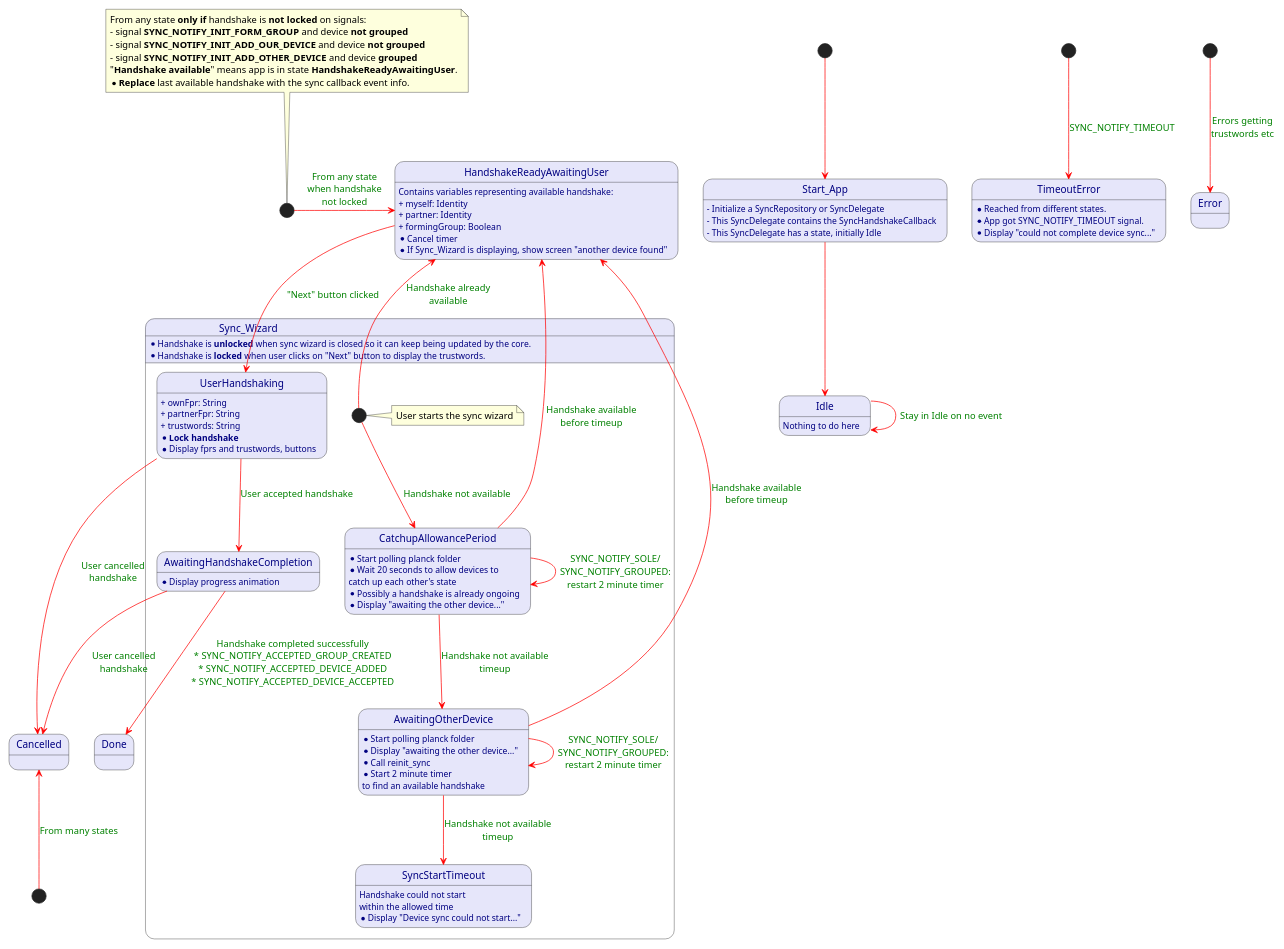
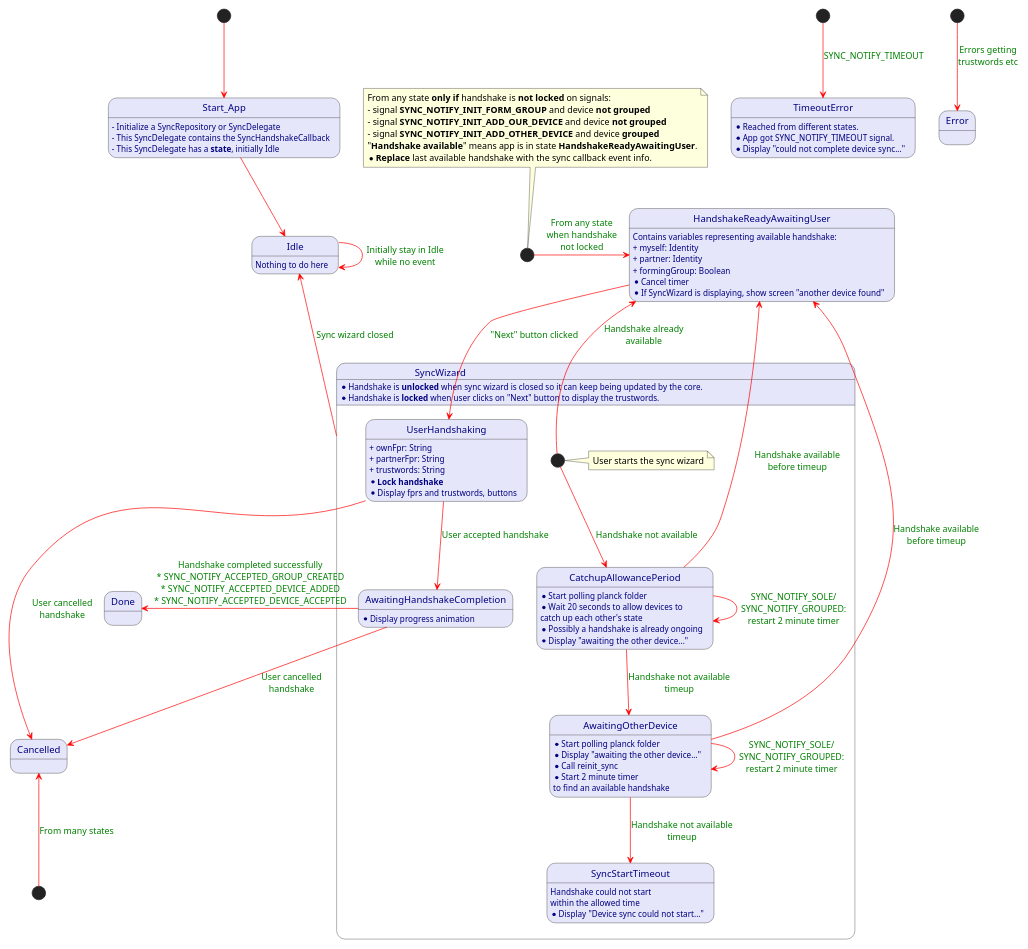
Before and after one commit to plancksecurity/android-planckForAndroid: the diagram in diagrams/sync/SyncFlowStateDiagram.puml, drawn with PlantUML.

Commit message:
EFA-348 Update state diagram

```diff
--- a/diagrams/sync/SyncFlowStateDiagram.puml
+++ b/diagrams/sync/SyncFlowStateDiagram.puml
@@ -1,111 +1,113 @@
 @startuml
 'https://plantuml.com/state-diagram
 'skinparam ranksep 20
 skinparam dpi 125
 'skinparam packageTitleAlignment left
 'skinparam linetype ortho
 'skinparam linetype polyline
 'left to right direction
 skinparam arrowColor red
 skinparam arrowFontColor green
 'skinparam handwritten true
 skinparam State {
     AttributeFontcolor navy
     BackgroundColor lavender
 }
 
 
 scale 800 width
 scale 800 height
 
 [*] --> Start_App
 Start_App : - Initialize a SyncRepository or SyncDelegate
 Start_App : - This SyncDelegate contains the SyncHandshakeCallback
-Start_App : - This SyncDelegate has a state, initially Idle
+Start_App : - This SyncDelegate has a **state**, initially Idle
 
 Start_App -down-> Idle
 Idle: Nothing to do here
-Idle -> Idle : Stay in Idle on no event
+Idle -> Idle : Initially stay in Idle\nwhile no event
 'Idle ---> Sync_Wizard
-state Sync_Wizard {
-Sync_Wizard: * Handshake is **unlocked** when sync wizard is closed so it can keep being updated by the core.
-Sync_Wizard: * Handshake is **locked** when user clicks on "Next" button to display the trustwords.
+state SyncWizard {
+SyncWizard: * Handshake is **unlocked** when sync wizard is closed so it can keep being updated by the core.
+SyncWizard: * Handshake is **locked** when user clicks on "Next" button to display the trustwords.
     state Wizard_Start <<start>>
     note right of Wizard_Start
       User starts the sync wizard
     end note
 
     Wizard_Start --> CatchupAllowancePeriod : Handshake not available
 
     CatchupAllowancePeriod: * Start polling planck folder
     CatchupAllowancePeriod: * Wait 20 seconds to allow devices to \ncatch up each other's state
     CatchupAllowancePeriod: * Possibly a handshake is already ongoing
     CatchupAllowancePeriod: * Display "awaiting the other device..."
 
     CatchupAllowancePeriod --> CatchupAllowancePeriod : SYNC_NOTIFY_SOLE/\nSYNC_NOTIFY_GROUPED:\nrestart 2 minute timer
     CatchupAllowancePeriod --> AwaitingOtherDevice : Handshake not available\ntimeup
     AwaitingOtherDevice: * Start polling planck folder
     AwaitingOtherDevice: * Display "awaiting the other device..."
     AwaitingOtherDevice: * Call reinit_sync
     AwaitingOtherDevice: * Start 2 minute timer
     AwaitingOtherDevice: to find an available handshake
     AwaitingOtherDevice --> AwaitingOtherDevice : SYNC_NOTIFY_SOLE/\nSYNC_NOTIFY_GROUPED:\nrestart 2 minute timer
     AwaitingOtherDevice --> SyncStartTimeout : Handshake not available\ntimeup
     SyncStartTimeout: Handshake could not start\nwithin the allowed time
     SyncStartTimeout: * Display "Device sync could not start..."
 
     state UserHandshaking
     UserHandshaking: + ownFpr: String
     UserHandshaking: + partnerFpr: String
     UserHandshaking: + trustwords: String
     UserHandshaking: * **Lock handshake**
     UserHandshaking: * Display fprs and trustwords, buttons
 
     state AwaitingHandshakeCompletion
     AwaitingHandshakeCompletion: * Display progress animation
     UserHandshaking --> AwaitingHandshakeCompletion : User accepted handshake
 }
 
+SyncWizard -up-> Idle : Sync wizard closed
+
 Wizard_Start --> HandshakeReadyAwaitingUser : Handshake already\navailable
 CatchupAllowancePeriod -up------> HandshakeReadyAwaitingUser : Handshake available\nbefore timeup
 AwaitingOtherDevice --> HandshakeReadyAwaitingUser : Handshake available\nbefore timeup
 HandshakeReadyAwaitingUser --> UserHandshaking : "Next" button clicked
 UserHandshaking --> Cancelled : User cancelled\nhandshake
 state CancelledRoot <<start>>
 CancelledRoot -up-> Cancelled : From many states
-AwaitingHandshakeCompletion -down-> Done : Handshake completed successfully\n* SYNC_NOTIFY_ACCEPTED_GROUP_CREATED\n* SYNC_NOTIFY_ACCEPTED_DEVICE_ADDED\n* SYNC_NOTIFY_ACCEPTED_DEVICE_ACCEPTED
+AwaitingHandshakeCompletion ---left-> Done : Handshake completed successfully\n* SYNC_NOTIFY_ACCEPTED_GROUP_CREATED\n* SYNC_NOTIFY_ACCEPTED_DEVICE_ADDED\n* SYNC_NOTIFY_ACCEPTED_DEVICE_ACCEPTED
 AwaitingHandshakeCompletion --> Cancelled : User cancelled\nhandshake
 
 
 state HandshakeReadyAwaitingUser
 HandshakeReadyAwaitingUser: Contains variables representing available handshake:
 HandshakeReadyAwaitingUser: + myself: Identity
 HandshakeReadyAwaitingUser: + partner: Identity
 HandshakeReadyAwaitingUser: + formingGroup: Boolean
 HandshakeReadyAwaitingUser: * Cancel timer
-HandshakeReadyAwaitingUser: * If Sync_Wizard is displaying, show screen "another device found"
+HandshakeReadyAwaitingUser: * If SyncWizard is displaying, show screen "another device found"
 
 state TimeoutRoot <<start>>
 TimeoutRoot --> TimeoutError : SYNC_NOTIFY_TIMEOUT
 TimeoutError: * Reached from different states.
 TimeoutError: * App got SYNC_NOTIFY_TIMEOUT signal.
 TimeoutError: * Display "could not complete device sync..."
 
 state ErrorRoot <<start>>
 ErrorRoot --> Error : Errors getting\ntrustwords etc
 
 
 
 state anyState <<start>>
 anyState -> HandshakeReadyAwaitingUser: From any state\nwhen handshake\nnot locked
 note top of anyState
 From any state **only if** handshake is **not locked** on signals:
 - signal **SYNC_NOTIFY_INIT_FORM_GROUP** and device **not grouped**
 - signal **SYNC_NOTIFY_INIT_ADD_OUR_DEVICE** and device **not grouped**
 - signal **SYNC_NOTIFY_INIT_ADD_OTHER_DEVICE** and device **grouped**
 "**Handshake available**" means app is in state **HandshakeReadyAwaitingUser**.
 * **Replace** last available handshake with the sync callback event info.
 end note
 
 
 @enduml
```
